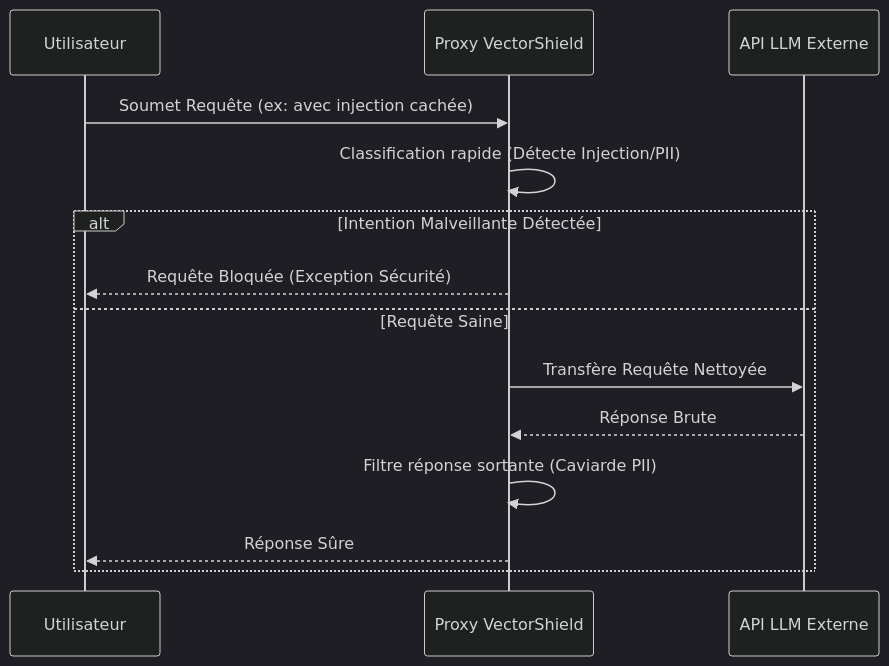
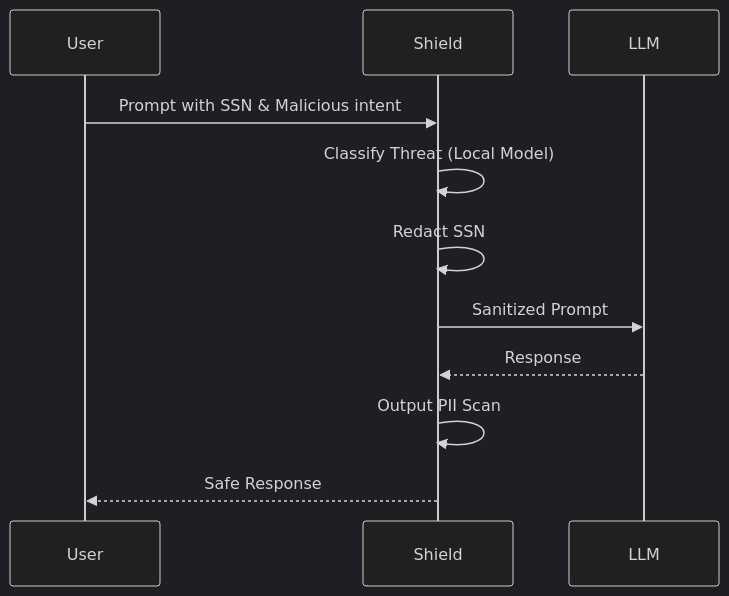
The second of 2 diagrams in ideas/vector-shield/README.fr.md (flouzzy/top-100-ai-startup-ideas), drawn with Mermaid (dark theme) before and after one commit. The commit also changed other lines of this file and 41 other files, not shown here.

````diff
--- a/ideas/vector-shield/README.fr.md
+++ b/ideas/vector-shield/README.fr.md
@@ -40,16 +43,13 @@
 ```mermaid
 sequenceDiagram
-    participant Utilisateur
-    participant Gateway as Proxy VectorShield
-    participant LLM as API LLM Externe
-    Utilisateur->>Gateway: Soumet Requête (ex: avec injection cachée)
-    Gateway->>Gateway: Classification rapide (Détecte Injection/PII)
-    alt Intention Malveillante Détectée
-        Gateway-->>Utilisateur: Requête Bloquée (Exception Sécurité)
-    else Requête Saine
-        Gateway->>LLM: Transfère Requête Nettoyée
-        LLM-->>Gateway: Réponse Brute
-        Gateway->>Gateway: Filtre réponse sortante (Caviarde PII)
-        Gateway-->>Utilisateur: Réponse Sûre
-    end
+    participant User
+    participant Shield
+    participant LLM
+    User->>Shield: Prompt with SSN & Malicious intent
+    Shield->>Shield: Classify Threat (Local Model)
+    Shield->>Shield: Redact SSN
+    Shield->>LLM: Sanitized Prompt
+    LLM-->>Shield: Response
+    Shield->>Shield: Output PII Scan
+    Shield-->>User: Safe Response
 ```
````
